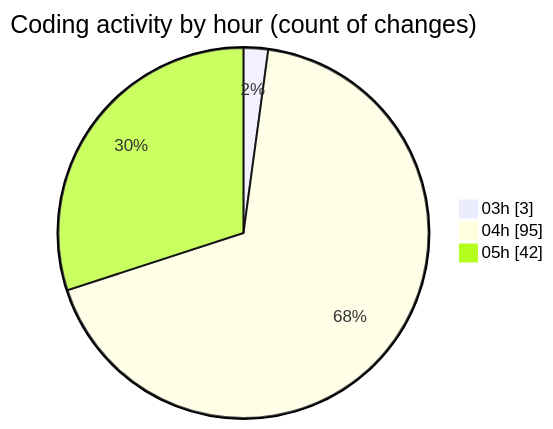
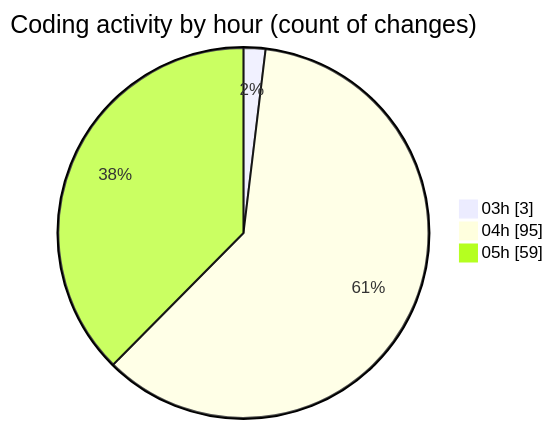
One commit to ernivani/code-tracking changed the second of 2 diagrams in 2025-01-03/tinycms/README.md. Above: the diagram before and after it, drawn with Mermaid. The commit also changed other lines of this file and 2 other files, not shown here.

````diff
--- a/2025-01-03/tinycms/README.md
+++ b/2025-01-03/tinycms/README.md
@@ -57,7 +58,7 @@
 ```mermaid
 pie showData
 title Coding activity by hour (count of changes)
 "03h" : 3
 "04h" : 95
-"05h" : 42
+"05h" : 59
 ```
````
